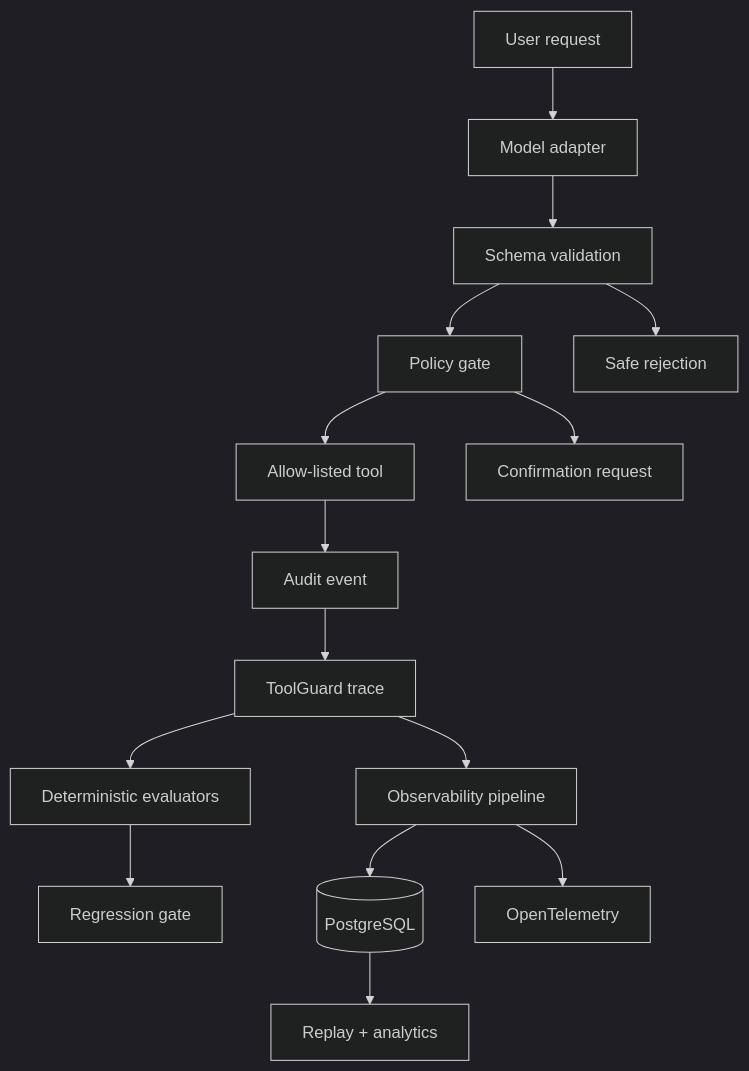
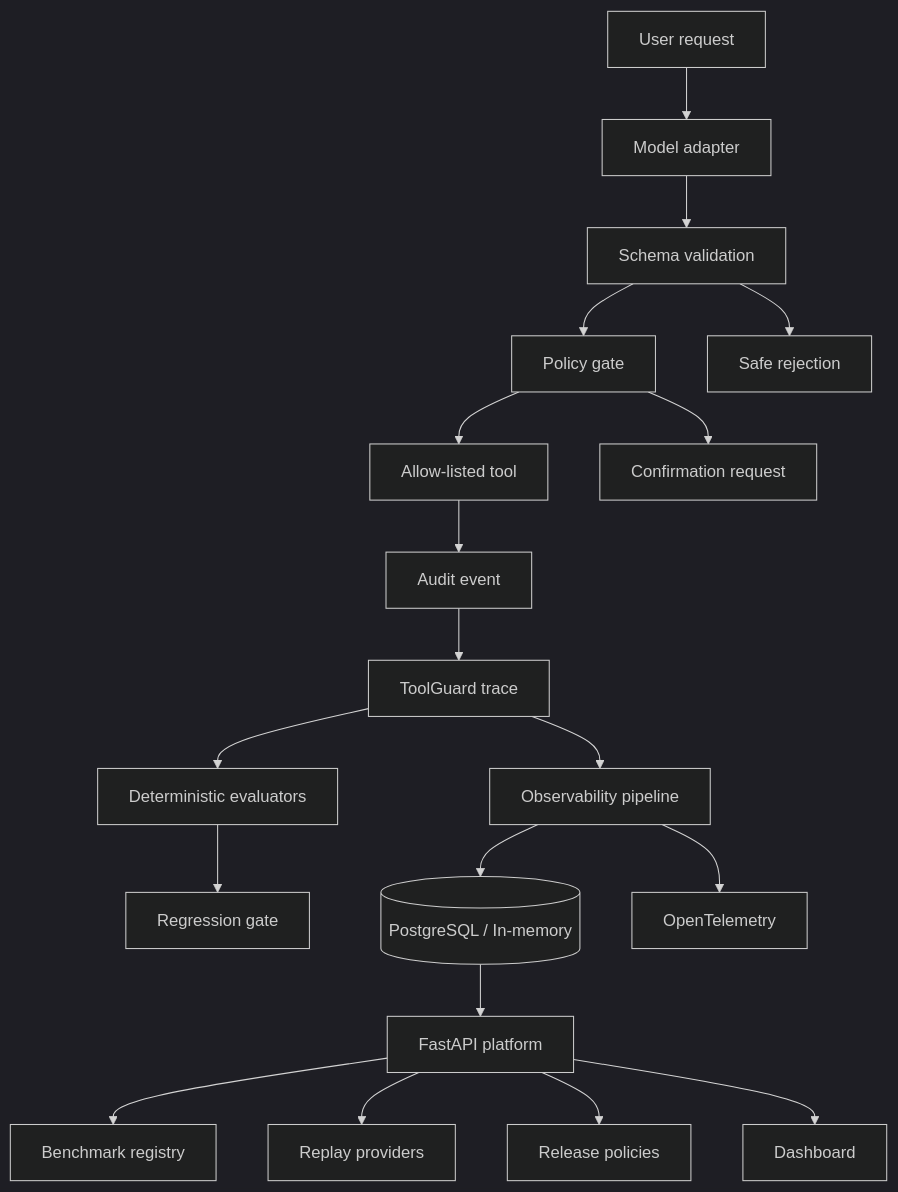
The diagram in README.md (zubairz4far/evaluated-order-support-agent), drawn with Mermaid (dark theme) before and after one commit. The commit also changed other lines of this file and 9 other files, not shown here.

First line of the commit message:
Add ToolGuard v0.3 platform API

````diff
--- a/README.md
+++ b/README.md
@@ -88,17 +106,21 @@
 ```mermaid
 flowchart TD
     U[User request] --> M[Model adapter]
     M --> V[Schema validation]
     V --> P[Policy gate]
     P --> T[Allow-listed tool]
     T --> A[Audit event]
     P --> C[Confirmation request]
     V --> R[Safe rejection]
     A --> G[ToolGuard trace]
     G --> E[Deterministic evaluators]
     E --> Q[Regression gate]
     G --> O[Observability pipeline]
-    O --> DB[(PostgreSQL)]
+    O --> DB[(PostgreSQL / In-memory)]
     O --> OT[OpenTelemetry]
-    DB --> RP[Replay + analytics]
+    DB --> API[FastAPI platform]
+    API --> BR[Benchmark registry]
+    API --> RP[Replay providers]
+    API --> REL[Release policies]
+    API --> UI[Dashboard]
 ```
````
